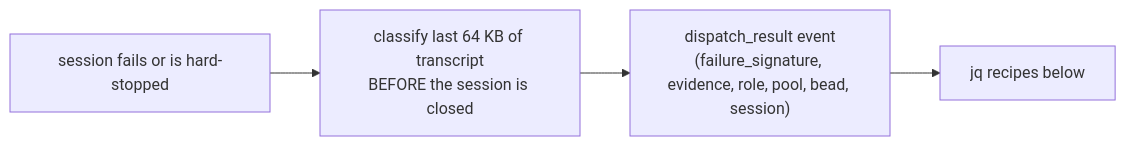
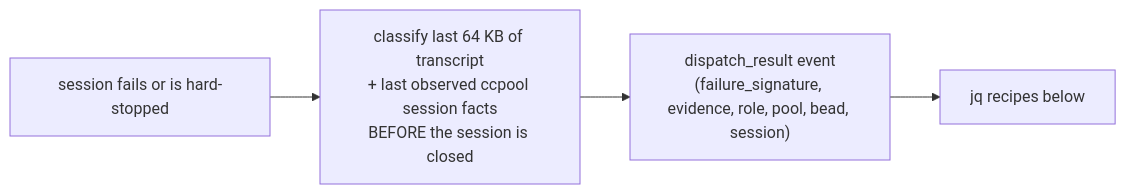
One commit to phillipgreenii/nix-agent-support changed the diagram in docs/runbooks/dispatched-session-failure-signatures.md. Above: the diagram before and after it, drawn with Mermaid. The commit also changed other lines of this file and 11 other files, not shown here.

First line of the commit message:
fix(pg-router-ccpool-handler): record evidence and classify session exits (pg2-rxn2l)

````diff
--- a/docs/runbooks/dispatched-session-failure-signatures.md
+++ b/docs/runbooks/dispatched-session-failure-signatures.md
@@ -19,6 +20,6 @@
 ```mermaid
 flowchart LR
-    S["session fails or is hard-stopped"] --> C["classify last 64 KB of transcript\nBEFORE the session is closed"]
+    S["session fails or is hard-stopped"] --> C["classify last 64 KB of transcript\n+ last observed ccpool session facts\nBEFORE the session is closed"]
     C --> E["dispatch_result event\n(failure_signature, evidence, role, pool, bead, session)"]
     E --> J["jq recipes below"]
 ```
````
